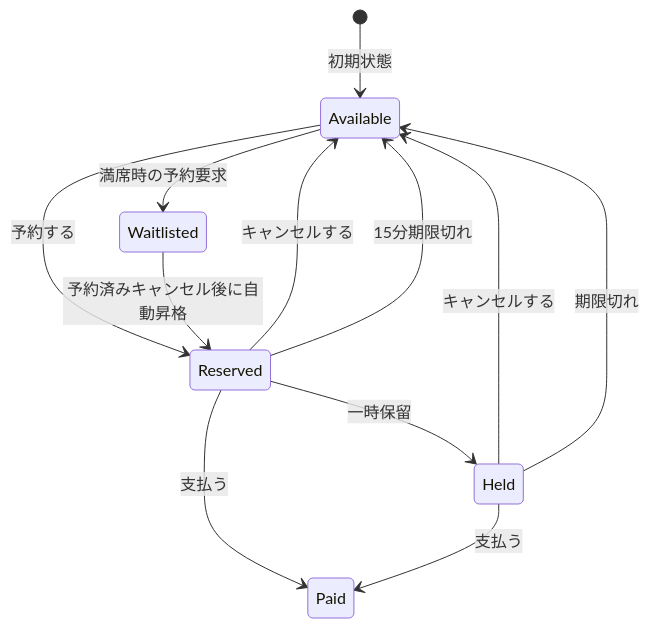
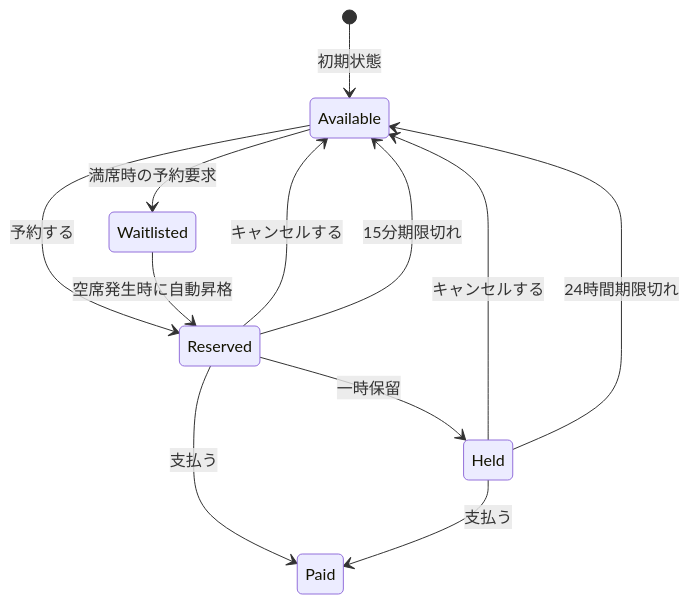
One commit to kumachan1101-pixel/DesignPattern changed the eighth of 24 diagrams in kindle/design-patterns/books/volume01-core-patterns/output/04-chapter02.md. Above: the diagram before and after it, drawn with Mermaid. The commit also changed other lines of this file and 17 other files, not shown here.

````diff
--- a/kindle/design-patterns/books/volume01-core-patterns/output/04-chapter02.md
+++ b/kindle/design-patterns/books/volume01-core-patterns/output/04-chapter02.md
@@ -824,14 +863,14 @@
 ```mermaid
 stateDiagram-v2
     [*] --> Available : 初期状態
     Available --> Reserved : 予約する
     Reserved --> Paid : 支払う
     Reserved --> Available : キャンセルする
     Available --> Waitlisted : 満席時の予約要求
-    Waitlisted --> Reserved : 予約済みキャンセル後に自動昇格
+    Waitlisted --> Reserved : 空席発生時に自動昇格
     Reserved --> Held : 一時保留
     Reserved --> Available : 15分期限切れ
     Held --> Paid : 支払う
     Held --> Available : キャンセルする
-    Held --> Available : 期限切れ
+    Held --> Available : 24時間期限切れ
 ```
````
